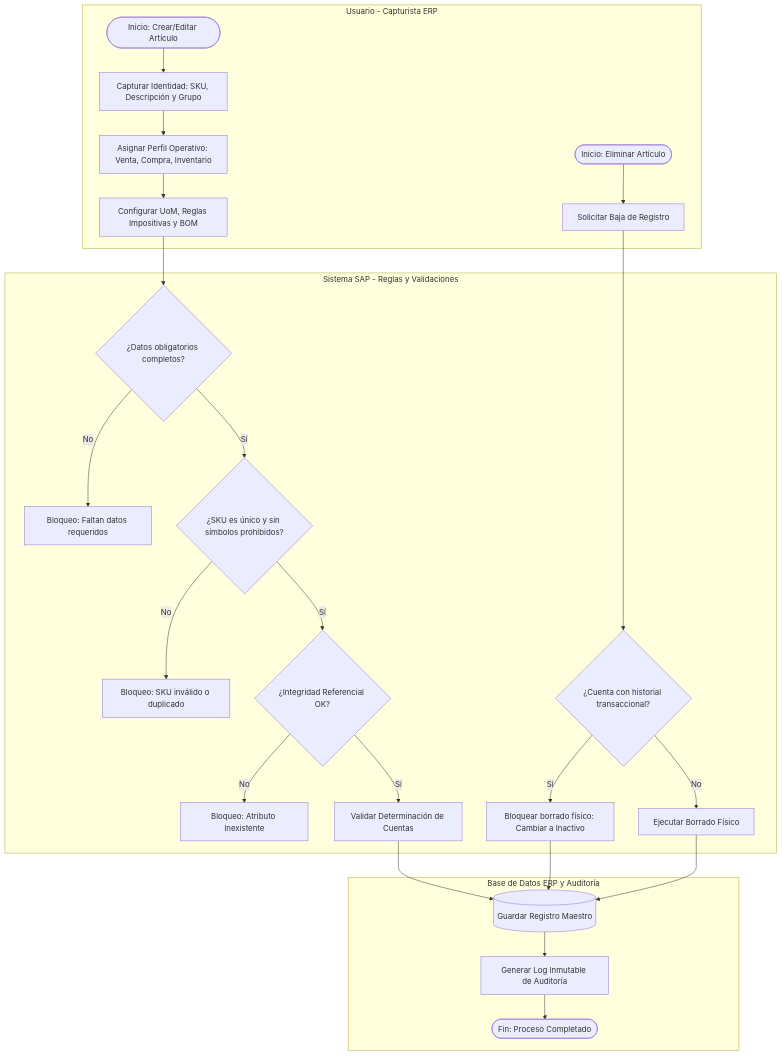
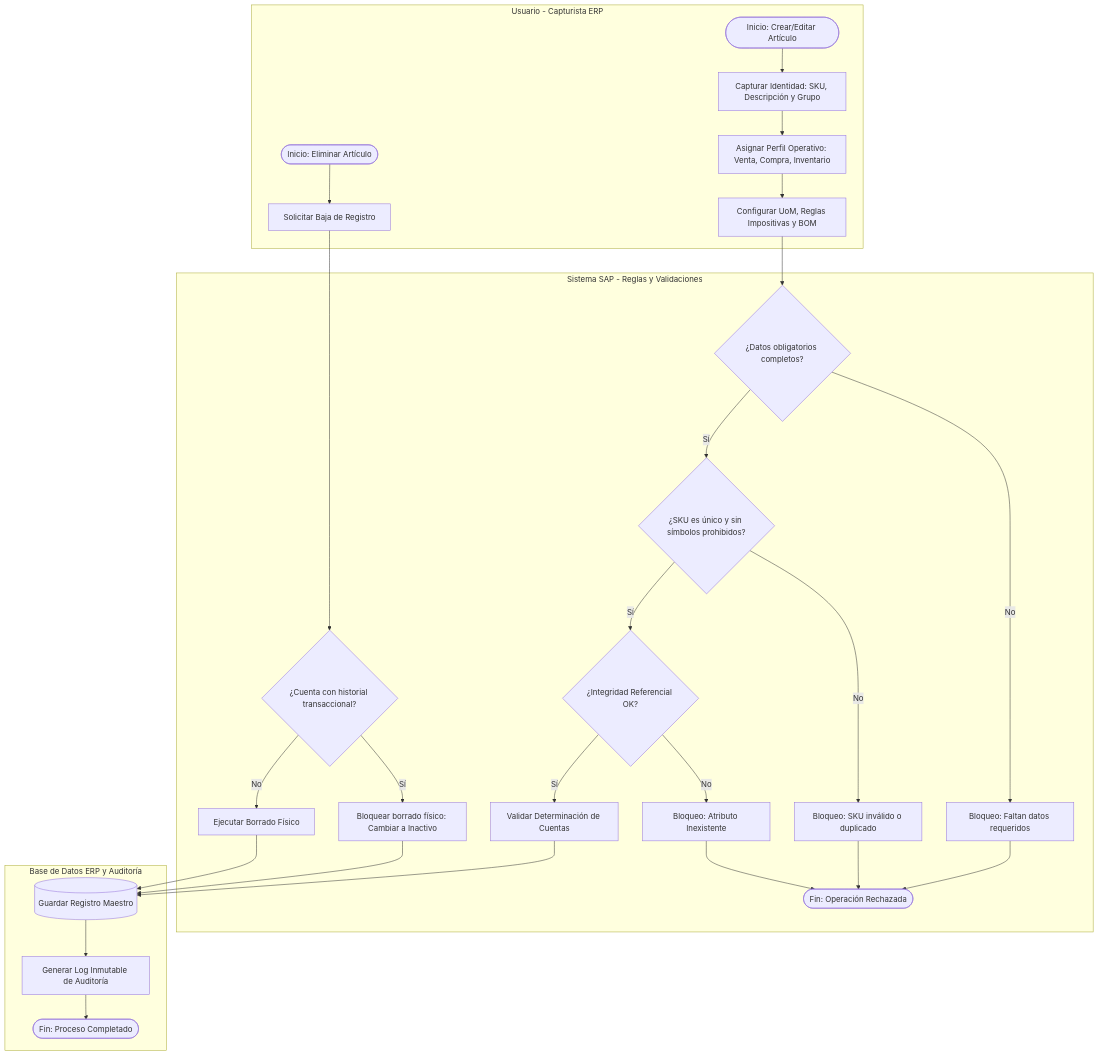
The diagram in diagrama.md (Jpablo179804/Business-Process-Model-and-Notation), drawn with Mermaid before and after one commit.

````diff
--- a/diagrama.md
+++ b/diagrama.md
@@ -1,36 +1,41 @@
 ```mermaid
 graph TD
     subgraph Usuario [Usuario - Capturista ERP]
         E1([Inicio: Crear/Editar Artículo]) --> T1[Capturar Identidad: SKU, Descripción y Grupo]
         T1 --> T2[Asignar Perfil Operativo: Venta, Compra, Inventario]
         T2 --> T3[Configurar UoM, Reglas Impositivas y BOM]
         
         E2([Inicio: Eliminar Artículo]) --> T4[Solicitar Baja de Registro]
     end
 
     subgraph Sistema [Sistema SAP - Reglas y Validaciones]
         T3 --> G1{¿Datos obligatorios completos?}
         G1 -- No --> Err1[Bloqueo: Faltan datos requeridos]
         
         G1 -- Sí --> G2{¿SKU es único y sin símbolos prohibidos?}
         G2 -- No --> Err2[Bloqueo: SKU inválido o duplicado]
         
         G2 -- Sí --> G3{¿Integridad Referencial OK?}
         G3 -- No --> Err3[Bloqueo: Atributo Inexistente]
         
         G3 -- Sí --> T5[Validar Determinación de Cuentas]
         
         T4 --> G4{¿Cuenta con historial transaccional?}
         G4 -- Sí --> T6[Bloquear borrado físico: Cambiar a Inactivo]
         G4 -- No --> T7[Ejecutar Borrado Físico]
+        
+        %% Conexión de errores a fin del proceso
+        Err1 --> F2([Fin: Operación Rechazada])
+        Err2 --> F2
+        Err3 --> F2
     end
 
     subgraph BD [Base de Datos ERP y Auditoría]
         T5 --> T8[(Guardar Registro Maestro)]
         T6 --> T8
         T7 --> T8
         
         T8 --> T9[Generar Log Inmutable de Auditoría]
         T9 --> F1([Fin: Proceso Completado])
     end
 ```
````
